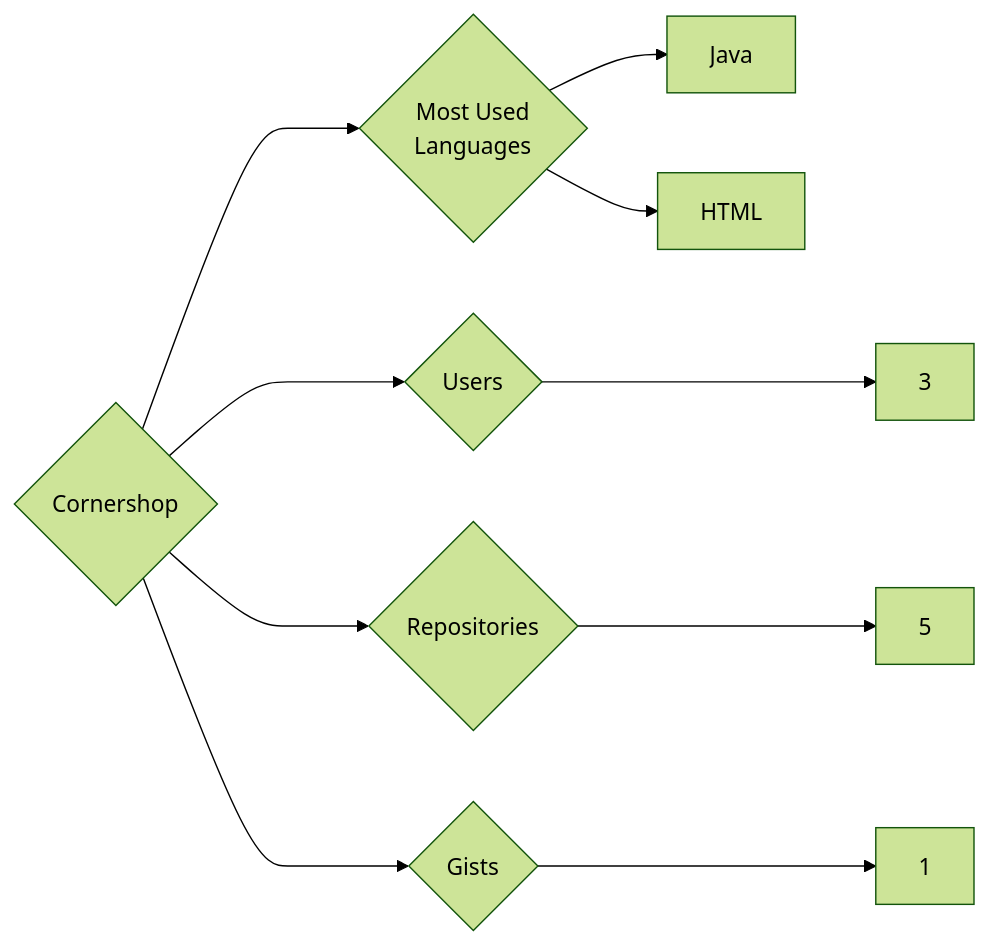
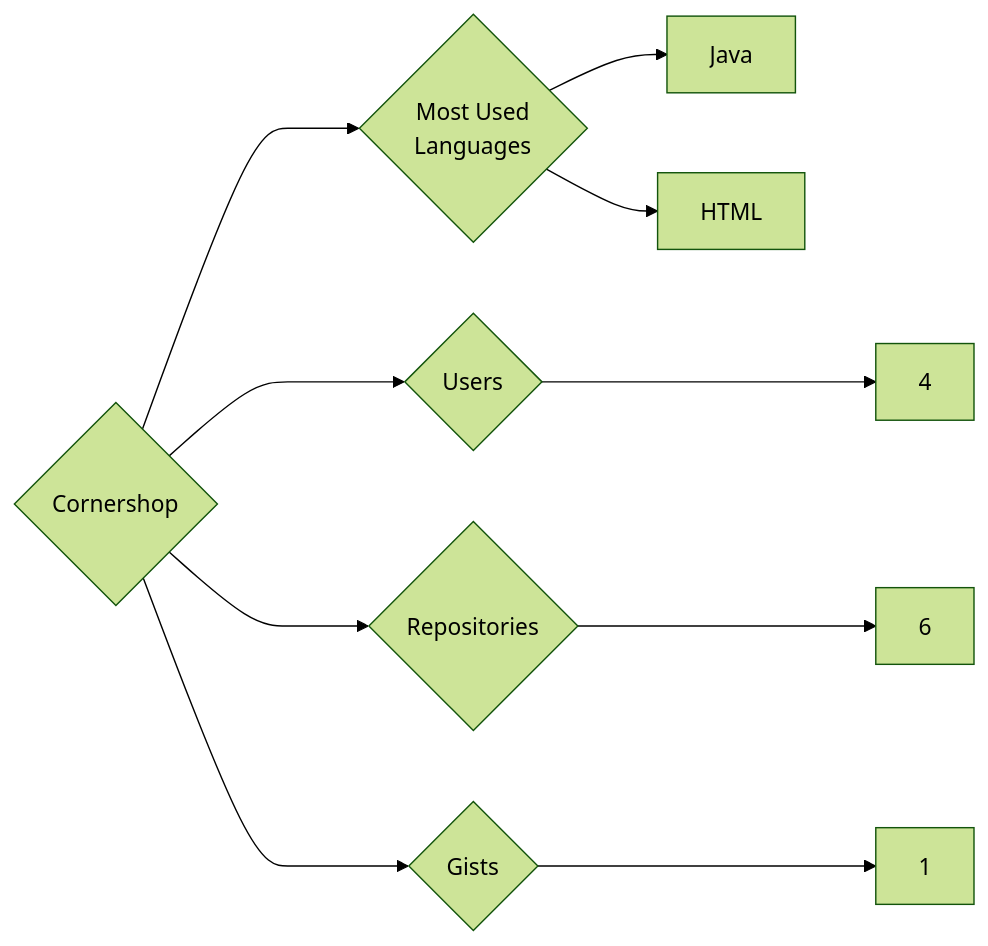
The diagram in targets/Cornershop/README.md (trickest/insiders), drawn with Mermaid (forest theme) before and after one commit. The commit also changed 776 other files, not shown here.

````diff
--- a/targets/Cornershop/README.md
+++ b/targets/Cornershop/README.md
@@ -3,10 +3,10 @@
 ```mermaid
 graph LR
 COMPANY_NAME{Cornershop}
-COMPANY_NAME ---> U{Users} ---> UN[3]
-COMPANY_NAME ---> R{Repositories} ---> RN[5]
+COMPANY_NAME ---> U{Users} ---> UN[4]
+COMPANY_NAME ---> R{Repositories} ---> RN[6]
 COMPANY_NAME ---> G{Gists} ---> GN[1]
 COMPANY_NAME ---> ML{Most Used<br>Languages}
 ML --> Java[Java]
 ML --> HTML[HTML]
 ```
````
